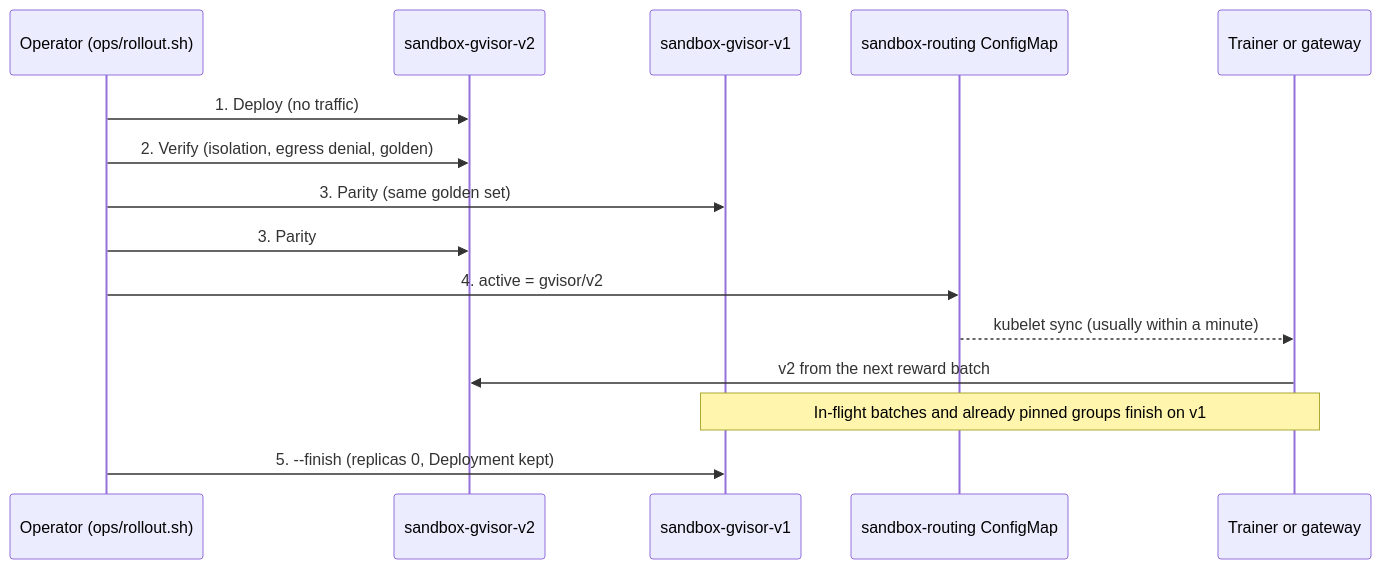
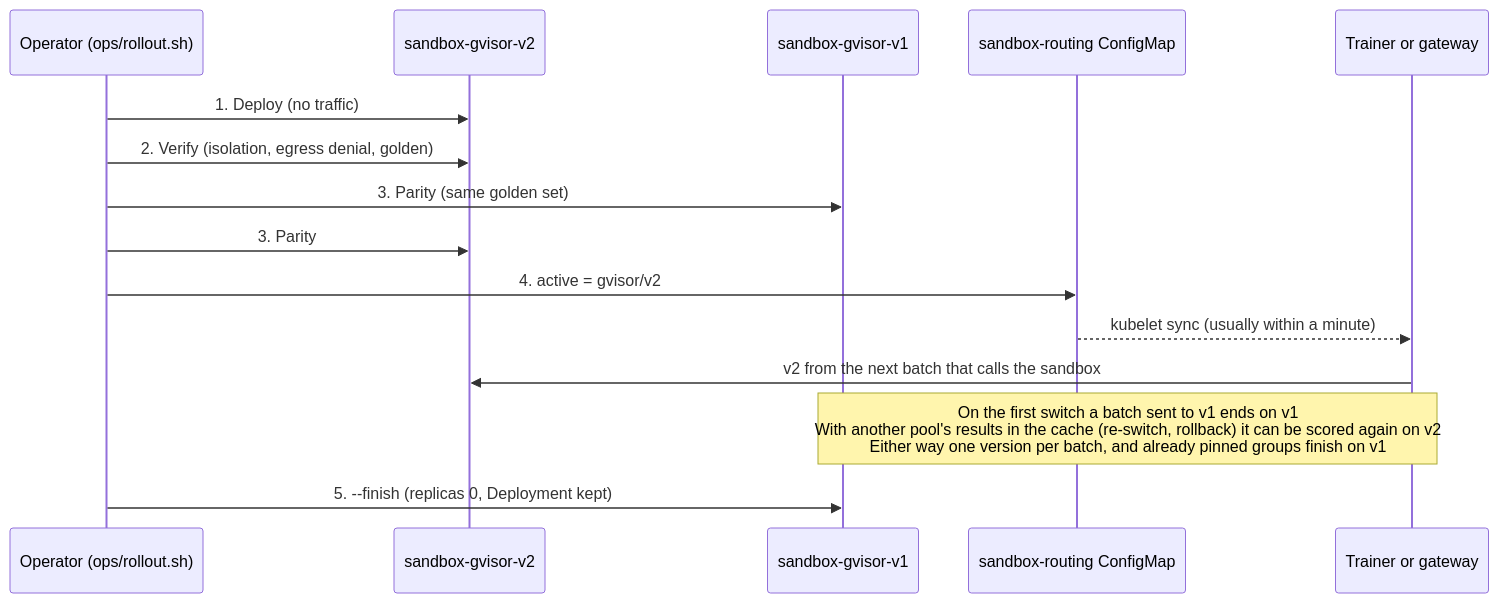
Before and after one commit to daekeun-ml/gpu-sandbox-on-aws: the diagram in docs/production/05_sandbox_updates.en.md, drawn with Mermaid. The commit also changed other lines of this file and 171 other files, not shown here.

````diff
--- a/docs/production/05_sandbox_updates.en.md
+++ b/docs/production/05_sandbox_updates.en.md
@@ -89,17 +89,17 @@
 ```mermaid
 sequenceDiagram
     participant O as Operator (ops/rollout.sh)
     participant N as sandbox-gvisor-v2
     participant B as sandbox-gvisor-v1
     participant C as sandbox-routing ConfigMap
     participant T as Trainer or gateway
     O->>N: 1. Deploy (no traffic)
     O->>N: 2. Verify (isolation, egress denial, golden)
     O->>B: 3. Parity (same golden set)
     O->>N: 3. Parity
     O->>C: 4. active = gvisor/v2
     C-->>T: kubelet sync (usually within a minute)
-    T->>N: v2 from the next reward batch
-    Note over T,B: In-flight batches and already pinned groups finish on v1
+    T->>N: v2 from the next batch that calls the sandbox
+    Note over T,B: On the first switch a batch sent to v1 ends on v1<br/>With another pool's results in the cache (re-switch, rollback) it can be scored again on v2<br/>Either way one version per batch, and already pinned groups finish on v1
     O->>B: 5. --finish (replicas 0, Deployment kept)
 ```
````
